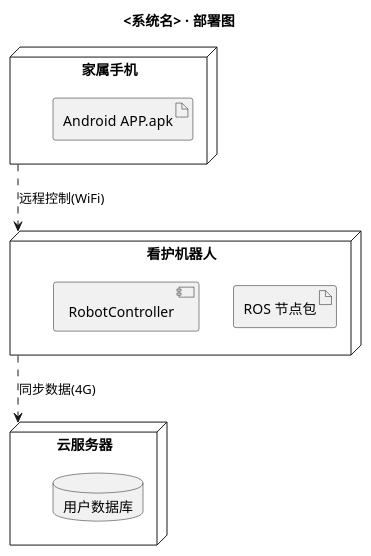
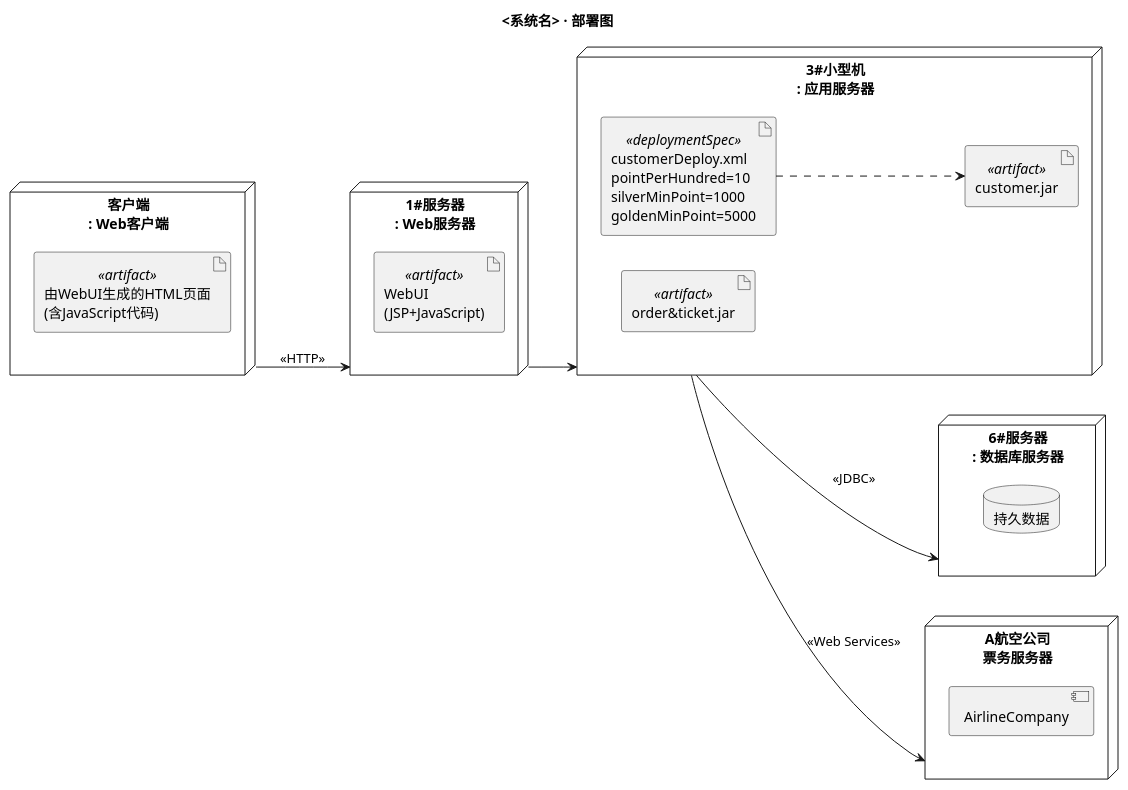
The fifth of 7 diagrams in uml-to-plantuml/references/structural.md (ashyh123/uml-to-plantuml), drawn with PlantUML before and after one commit. The commit also changed other lines of this file and 3 other files, not shown here.

Commit message:
对照课件四图(部署/分层架构/顺序/用例)优化: 部署图升级实例节点+协议构造型+deploymentSpec文本写法; 架构图新增分层体系结构模板与课件式方框接口; 用例图支持<<包含>>/<<扩展>>; 修正allow_mixing在Kroki混合node+component报400的说明; 全部16模板Kroki验证通过

````diff
--- a/uml-to-plantuml/references/structural.md
+++ b/uml-to-plantuml/references/structural.md
@@ -116,18 +117,31 @@
 ```plantuml
 @startuml
 skinparam backgroundColor #FFFFFF
+left to right direction
 title <系统名> · 部署图
-node "家属手机" as phone {
-  artifact "Android APP.apk"
+
+node "客户端\n: Web客户端" as client {
+  artifact "由WebUI生成的HTML页面\n(含JavaScript代码)" as html <<artifact>>
 }
-node "看护机器人" as robot {
-  artifact "ROS 节点包"
-  component RobotController
+node "1#服务器\n: Web服务器" as websrv {
+  artifact "WebUI\n(JSP+JavaScript)" as webui <<artifact>>
 }
-node "云服务器" as cloud {
-  database "用户数据库"
+node "3#小型机\n: 应用服务器" as appsrv {
+  artifact "customer.jar" as custjar <<artifact>>
+  artifact "customerDeploy.xml\npointPerHundred=10\nsilverMinPoint=1000\ngoldenMinPoint=5000" as depxml <<deploymentSpec>>
+  artifact "order&ticket.jar" as otjar <<artifact>>
 }
-phone ..> robot : 远程控制(WiFi)
-robot ..> cloud : 同步数据(4G)
+node "6#服务器\n: 数据库服务器" as dbsrv {
+  database "持久数据" as pdata
+}
+node "A航空公司\n票务服务器" as airlineA {
+  [AirlineCompany] as compA
+}
+
+client --> websrv : <<HTTP>>
+websrv --> appsrv
+appsrv --> dbsrv : <<JDBC>>
+appsrv --> airlineA : <<Web Services>>
+depxml ..> custjar
 @enduml
 ```
````
